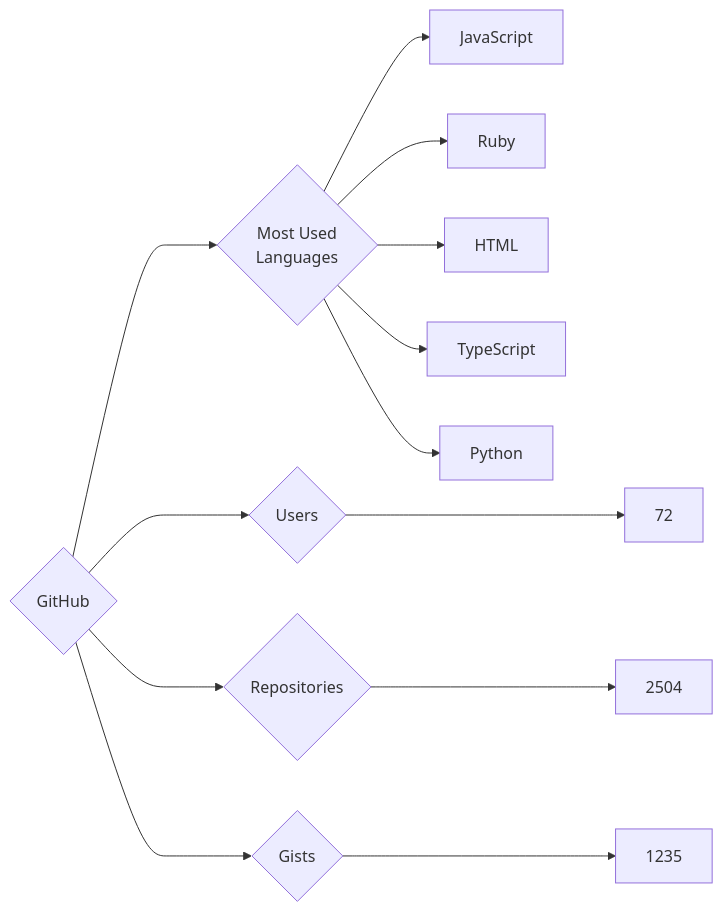
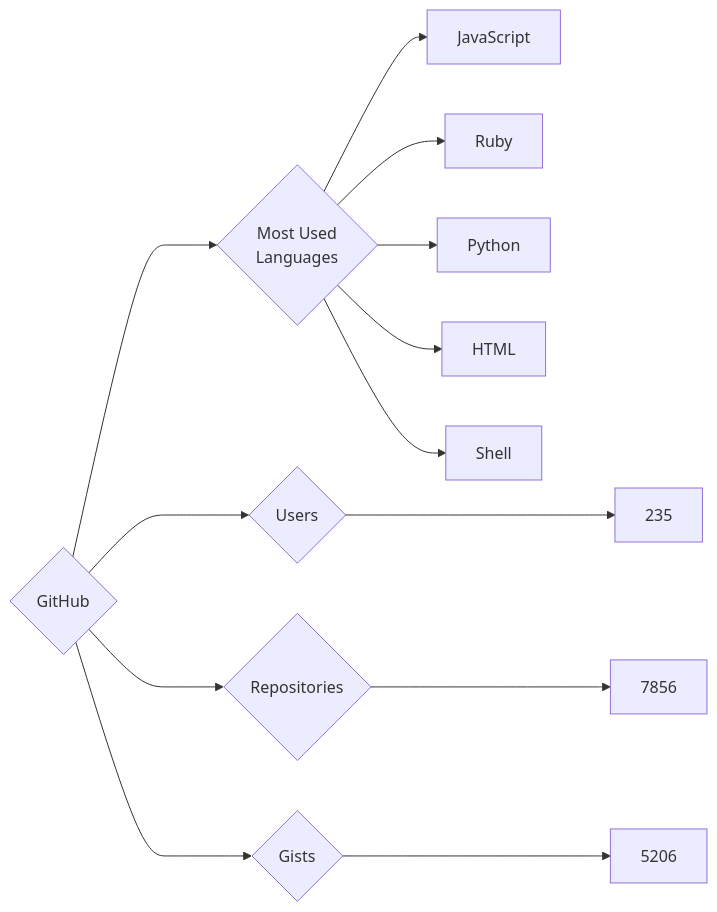
The diagram in targets/GitHub/README.md (trickest/insiders), drawn with Mermaid before and after one commit. The commit also changed 924 other files, not shown here.

````diff
--- a/targets/GitHub/README.md
+++ b/targets/GitHub/README.md
@@ -3,13 +3,13 @@
 ```mermaid
 graph LR
 COMPANY_NAME{GitHub}
-COMPANY_NAME ---> U{Users} ---> UN[72]
-COMPANY_NAME ---> R{Repositories} ---> RN[2504]
-COMPANY_NAME ---> G{Gists} ---> GN[1235]
+COMPANY_NAME ---> U{Users} ---> UN[235]
+COMPANY_NAME ---> R{Repositories} ---> RN[7856]
+COMPANY_NAME ---> G{Gists} ---> GN[5206]
 COMPANY_NAME ---> ML{Most Used<br>Languages}
 ML --> JavaScript[JavaScript]
 ML --> Ruby[Ruby]
+ML --> Python[Python]
 ML --> HTML[HTML]
-ML --> TypeScript[TypeScript]
-ML --> Python[Python]
+ML --> Shell[Shell]
 ```
````
